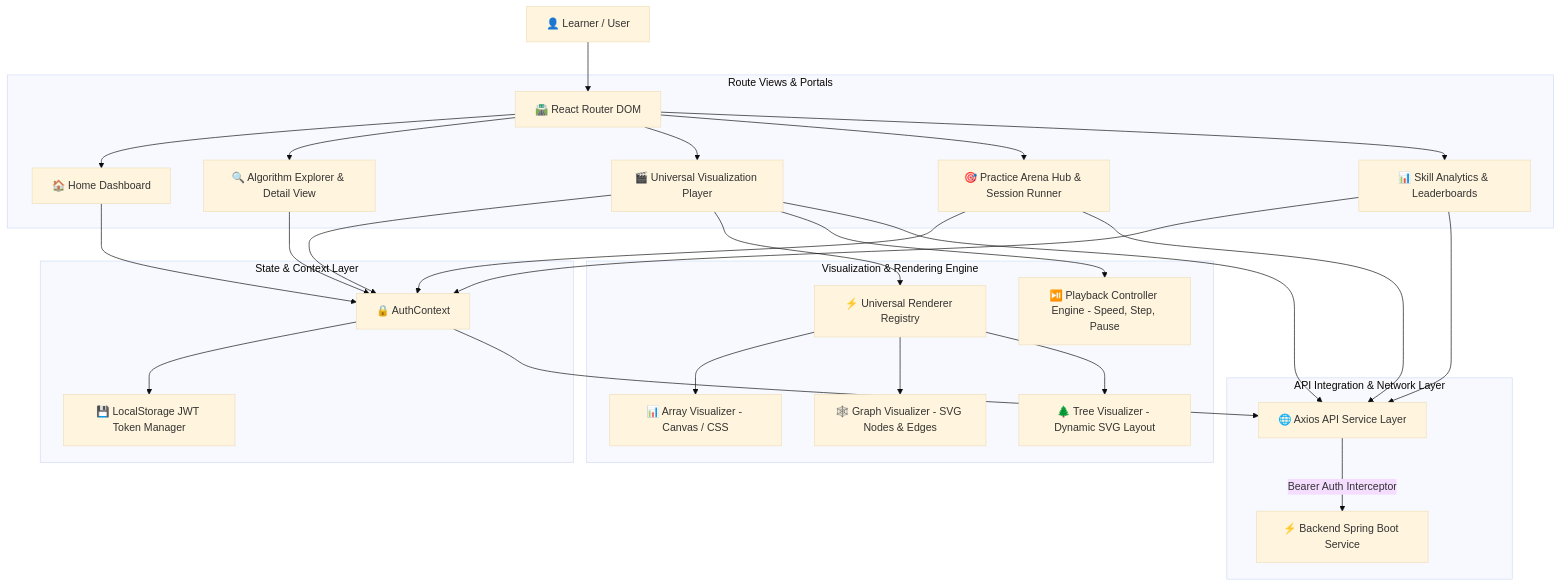
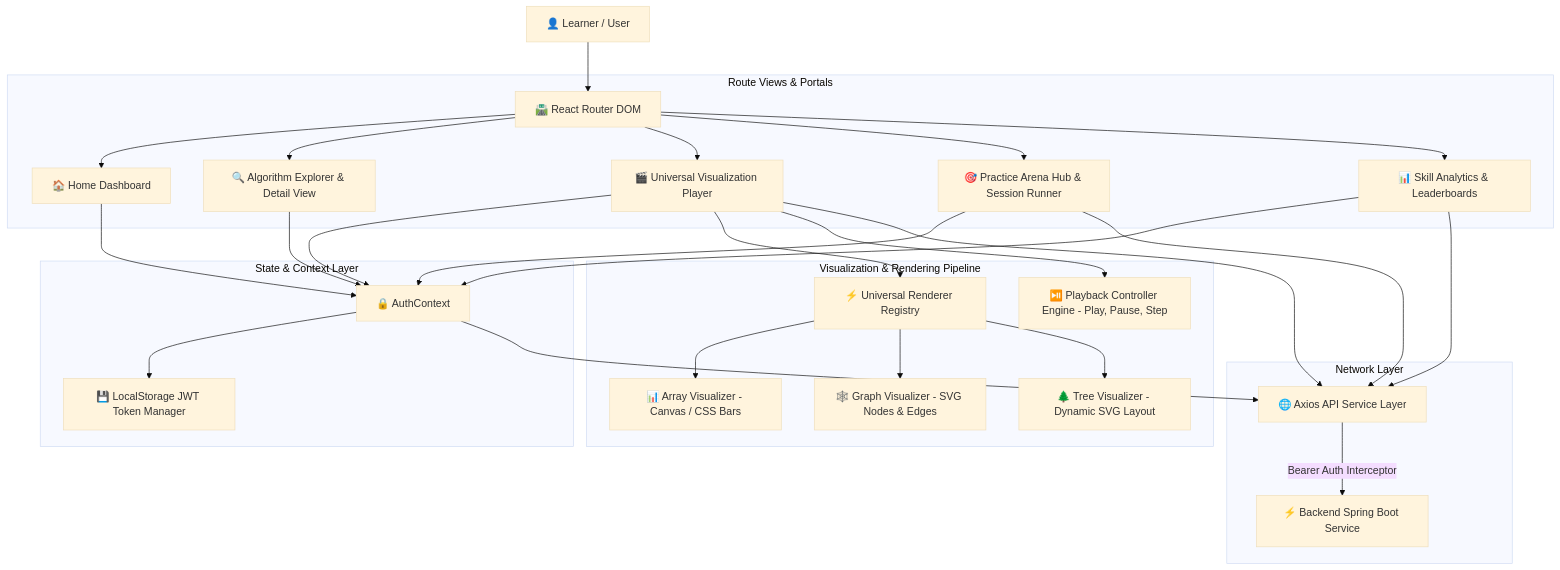
Before and after one commit to Sukhankar/DSA-VISUALIZER-FRONEND: the diagram in README.md, drawn with Mermaid (base theme). The commit also changed other lines of this file, not shown here.

````diff
--- a/README.md
+++ b/README.md
@@ -29,30 +54,30 @@
 ```mermaid
 graph TD
     User[👤 Learner / User] --> Router[🛣️ React Router DOM]
     
     subgraph Route Views & Portals
         Router --> Home[🏠 Home Dashboard]
         Router --> AlgoExplorer[🔍 Algorithm Explorer & Detail View]
         Router --> VisPlayer[🎬 Universal Visualization Player]
         Router --> PracticeArena[🎯 Practice Arena Hub & Session Runner]
         Router --> AnalyticsPage[📊 Skill Analytics & Leaderboards]
     end
 
     subgraph State & Context Layer
         Home & AlgoExplorer & VisPlayer & PracticeArena & AnalyticsPage --> AuthCtx[🔒 AuthContext]
         AuthCtx --> Storage[💾 LocalStorage JWT Token Manager]
     end
 
-    subgraph Visualization & Rendering Engine
+    subgraph Visualization & Rendering Pipeline
         VisPlayer --> RendererRegistry[⚡ Universal Renderer Registry]
-        RendererRegistry --> ArrayRenderer[📊 Array Visualizer - Canvas / CSS]
+        RendererRegistry --> ArrayRenderer[📊 Array Visualizer - Canvas / CSS Bars]
         RendererRegistry --> GraphRenderer[🕸️ Graph Visualizer - SVG Nodes & Edges]
         RendererRegistry --> TreeRenderer[🌲 Tree Visualizer - Dynamic SVG Layout]
-        VisPlayer --> PlaybackControls[⏯️ Playback Controller Engine - Speed, Step, Pause]
+        VisPlayer --> PlaybackControls[⏯️ Playback Controller Engine - Play, Pause, Step]
     end
 
-    subgraph API Integration & Network Layer
+    subgraph Network Layer
         AuthCtx & VisPlayer & PracticeArena & AnalyticsPage --> AxiosClient[🌐 Axios API Service Layer]
         AxiosClient -->|Bearer Auth Interceptor| Backend[⚡ Backend Spring Boot Service]
     end
 ```
````
